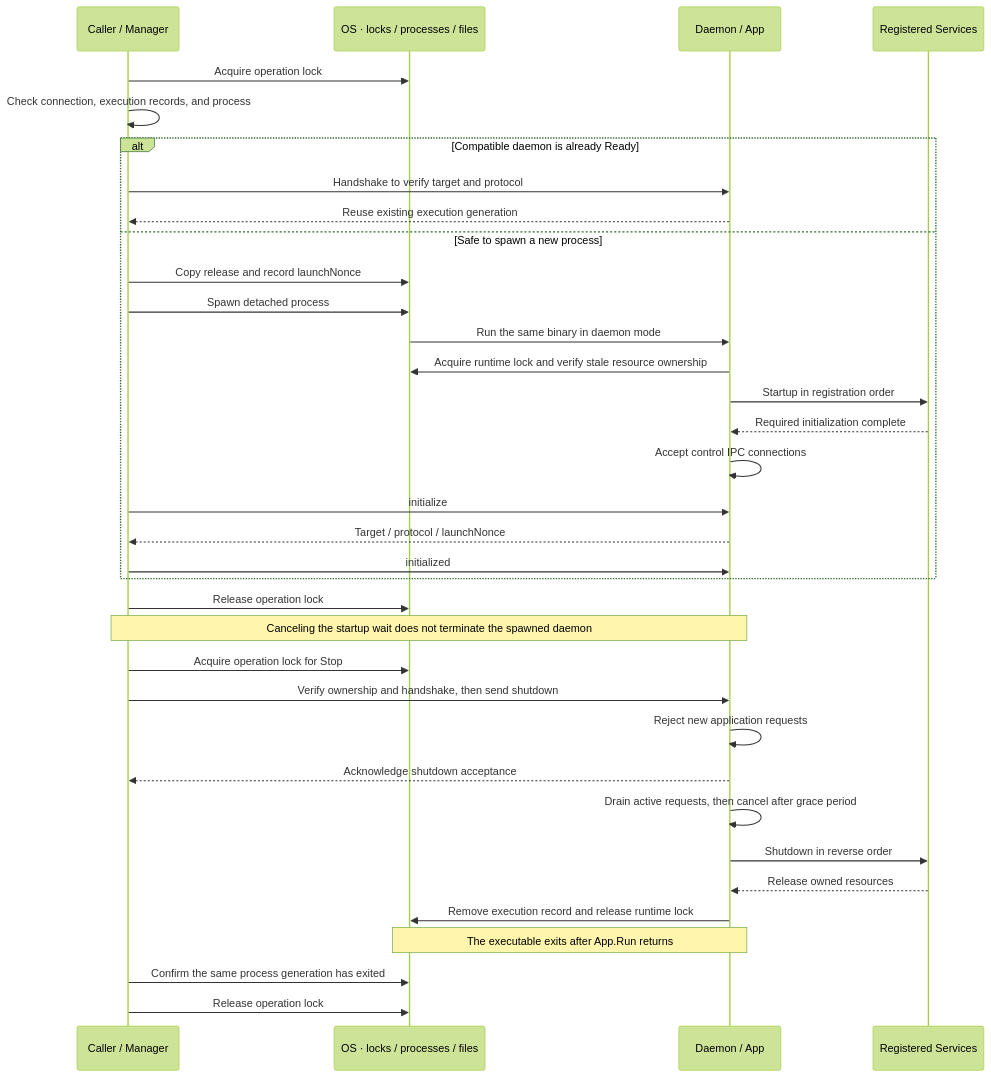
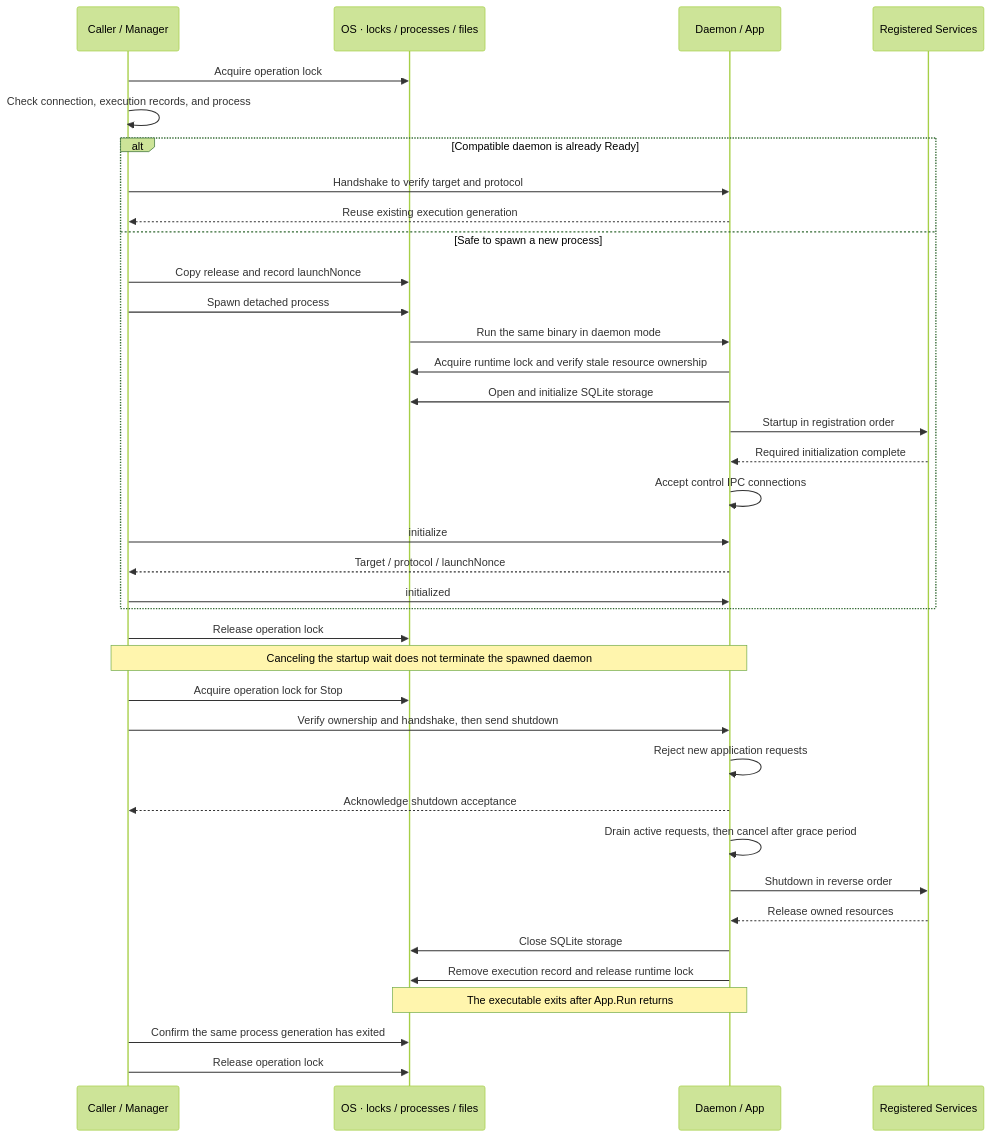
The second of 3 diagrams in README.md (134130/go-daemonkit), drawn with Mermaid (forest theme) before and after one commit. The commit also changed other lines of this file and 6 other files, not shown here.

Commit message:
feat: add app-owned SQLite storage with transactions

````diff
--- a/README.md
+++ b/README.md
@@ -62,39 +67,41 @@
 ```mermaid
 sequenceDiagram
     participant CLI as Caller / Manager
     participant OS as OS · locks / processes / files
     participant App as Daemon / App
     participant S as Registered Services
 
     CLI->>OS: Acquire operation lock
     CLI->>CLI: Check connection, execution records, and process
     alt Compatible daemon is already Ready
         CLI->>App: Handshake to verify target and protocol
         App-->>CLI: Reuse existing execution generation
     else Safe to spawn a new process
         CLI->>OS: Copy release and record launchNonce
         CLI->>OS: Spawn detached process
         OS->>App: Run the same binary in daemon mode
         App->>OS: Acquire runtime lock and verify stale resource ownership
+        App->>OS: Open and initialize SQLite storage
         App->>S: Startup in registration order
         S-->>App: Required initialization complete
         App->>App: Accept control IPC connections
         CLI->>App: initialize
         App-->>CLI: Target / protocol / launchNonce
         CLI->>App: initialized
     end
     CLI->>OS: Release operation lock
     Note over CLI,App: Canceling the startup wait does not terminate the spawned daemon
 
     CLI->>OS: Acquire operation lock for Stop
     CLI->>App: Verify ownership and handshake, then send shutdown
     App->>App: Reject new application requests
     App-->>CLI: Acknowledge shutdown acceptance
     App->>App: Drain active requests, then cancel after grace period
     App->>S: Shutdown in reverse order
     S-->>App: Release owned resources
+    App->>OS: Close SQLite storage
     App->>OS: Remove execution record and release runtime lock
     Note over App,OS: The executable exits after App.Run returns
     CLI->>OS: Confirm the same process generation has exited
     CLI->>OS: Release operation lock
 ```
````
